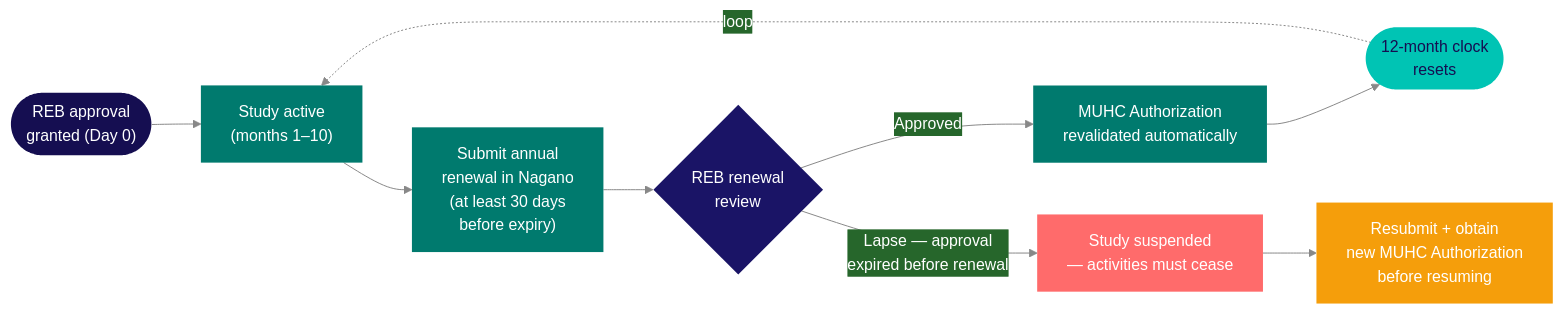
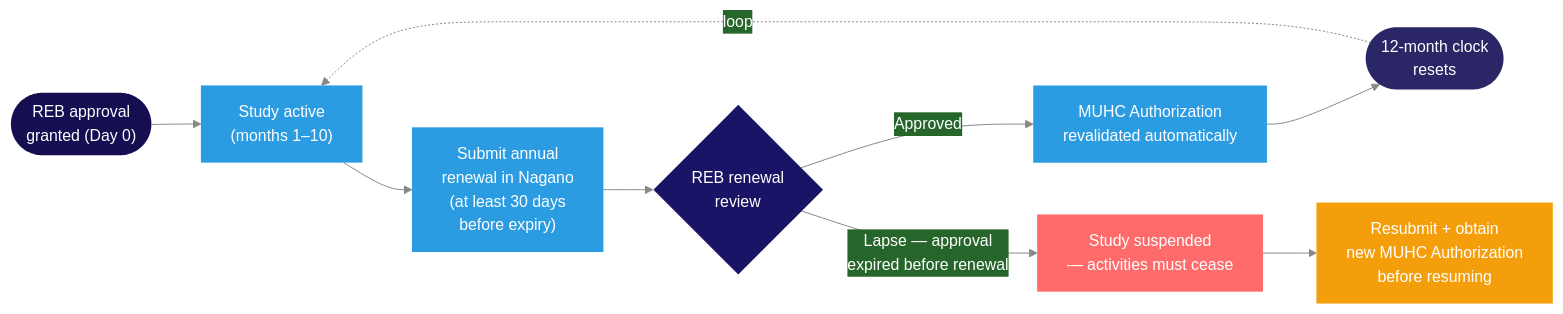
Before and after one commit to matthewfiorentino/docs: the second of 3 diagrams in kb/study-review.mdx, drawn with Mermaid. The commit also changed other lines of this file and 36 other files, not shown here.

````diff
--- a/kb/study-review.mdx
+++ b/kb/study-review.mdx
@@ -75,21 +75,21 @@
 ```mermaid
 %%{init: {'theme':'base','themeVariables':{'primaryColor':'#2b2666','primaryTextColor':'#ffffff','primaryBorderColor':'#2b2666','lineColor':'#888','fontFamily':'system-ui,sans-serif'}}}%%
 flowchart LR
     A(["REB approval<br/>granted (Day 0)"]) --> B["Study active<br/>(months 1–10)"]
     B --> C["Submit annual<br/>renewal in Nagano<br/>(at least 30 days<br/>before expiry)"]
     C --> D{"REB renewal<br/>review"}
     D -->|"Approved"| E["MUHC Authorization<br/>revalidated automatically"]
     E --> F(["12-month clock<br/>resets"])
     F -.->|"loop"| B
     D -->|"Lapse — approval<br/>expired before renewal"| G["Study suspended<br/>— activities must cease"]
     G --> H["Resubmit + obtain<br/>new MUHC Authorization<br/>before resuming"]
 
     style A fill:#150e51,color:#fff,stroke:none
-    style B fill:#007a6e,color:#fff,stroke:none
-    style C fill:#007a6e,color:#fff,stroke:none
+    style B fill:#2b9ce2,color:#fff,stroke:none
+    style C fill:#2b9ce2,color:#fff,stroke:none
     style D fill:#1a1466,color:#fff,stroke:none
-    style E fill:#007a6e,color:#fff,stroke:none
-    style F fill:#00c4b4,color:#150e51,stroke:none
+    style E fill:#2b9ce2,color:#fff,stroke:none
+    style F fill:#2b2666,color:#fff,stroke:none
     style G fill:#ff6b6b,color:#fff,stroke:none
     style H fill:#f59e0b,color:#fff,stroke:none
 ```
````
